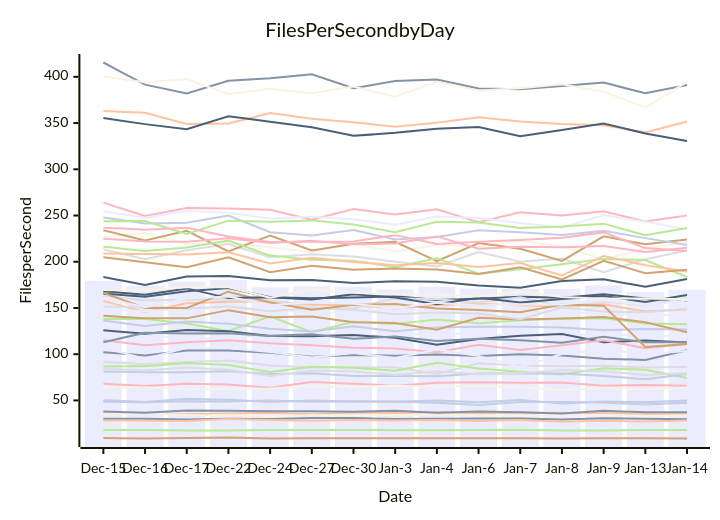
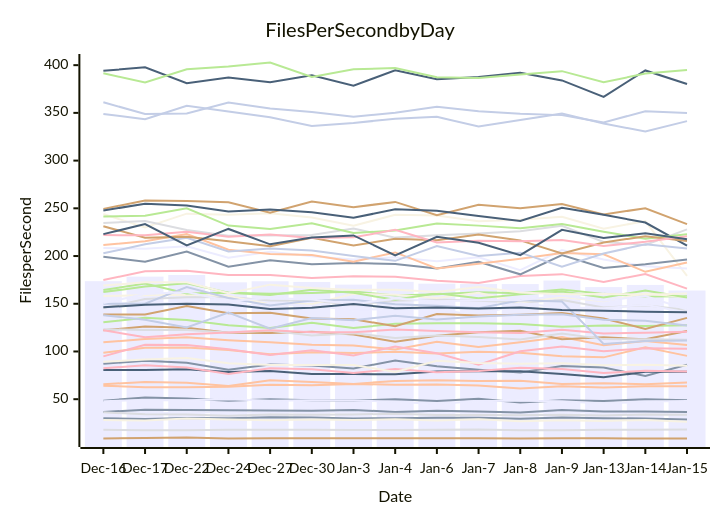
The diagram in perf-report.md (streetsidesoftware/cspell), drawn with Mermaid before and after one commit. The commit also changed other lines of this file and 1 other file, not shown here.

````diff
--- a/perf-report.md
+++ b/perf-report.md
@@ -10,57 +10,57 @@
 ```mermaid
 xychart-beta
     title Files Per Second by Day
     y-axis Files per Second
-    x-axis Date [Dec-15, Dec-16, Dec-17, Dec-22, Dec-24, Dec-27, Dec-30, Jan-3, Jan-4, Jan-6, Jan-7, Jan-8, Jan-9, Jan-13, Jan-14]
-    bar [179.36, 173.64, 178.43, 180.09, 172.48, 173.54, 172.79, 170.07, 172.98, 171.06, 170.63, 170.60, 174.36, 167.48, 169.75]
-    line [30.21, 30.10, 29.27, 30.24, 30.04, 30.99, 30.88, 29.79, 30.12, 30.58, 30.44, 29.43, 30.82, 30.13, 29.74]
-    line [36.51, 36.62, 35.07, 35.79, 36.55, 35.09, 36.98, 36.38, 37.08, 36.07, 36.65, 36.34, 36.49, 35.46, 35.24]
-    line [91.85, 89.18, 91.59, 93.06, 87.76, 85.72, 85.81, 85.78, 78.64, 90.27, 87.90, 87.06, 87.60, 85.54, 86.15]
-    line [138.00, 137.98, 133.31, 125.20, 140.89, 123.76, 134.99, 132.64, 137.41, 133.47, 136.71, 138.45, 138.88, 133.26, 132.31]
-    line [9.27, 8.94, 9.45, 9.78, 8.90, 9.07, 9.12, 9.16, 9.11, 9.12, 9.14, 8.90, 9.21, 9.09, 8.82]
-    line [136.38, 130.55, 135.39, 132.89, 127.54, 124.61, 130.19, 124.72, 128.97, 129.63, 129.57, 128.75, 125.98, 127.26, 126.67]
-    line [67.91, 65.71, 68.06, 67.11, 63.78, 69.83, 68.15, 65.99, 69.11, 69.77, 69.09, 69.36, 65.84, 66.66, 65.78]
-    line [183.45, 174.84, 184.02, 184.52, 180.06, 180.25, 176.99, 178.92, 178.38, 174.22, 171.75, 179.11, 181.04, 172.87, 181.24]
-    line [226.27, 231.21, 219.13, 220.31, 215.56, 210.39, 219.17, 210.98, 218.13, 216.47, 222.63, 216.37, 202.60, 214.18, 220.74]
-    line [121.82, 122.30, 114.99, 117.98, 119.98, 122.26, 120.11, 120.07, 122.96, 121.36, 120.04, 119.36, 122.67, 118.82, 119.70]
-    line [415.50, 391.53, 381.89, 395.71, 398.52, 402.79, 387.60, 395.60, 397.05, 387.31, 386.47, 390.16, 393.74, 382.18, 391.17]
-    line [157.64, 145.39, 155.01, 156.77, 157.19, 153.46, 153.21, 148.91, 153.20, 154.41, 153.05, 151.33, 153.98, 146.13, 148.32]
-    line [213.39, 202.82, 212.32, 219.19, 204.86, 207.97, 205.76, 199.93, 194.96, 210.48, 200.08, 203.53, 188.73, 202.65, 212.27]
-    line [86.83, 87.07, 90.37, 88.26, 80.81, 86.47, 85.34, 82.22, 90.61, 84.54, 80.98, 78.06, 84.72, 83.13, 74.36]
-    line [234.07, 222.96, 233.49, 211.10, 228.39, 212.27, 219.38, 221.60, 200.66, 220.18, 213.99, 200.90, 227.46, 218.81, 223.94]
-    line [81.37, 80.53, 80.51, 81.49, 78.49, 79.44, 76.50, 76.34, 76.08, 79.03, 79.23, 79.24, 76.50, 72.97, 78.65]
-    line [263.96, 249.42, 258.13, 257.62, 256.30, 245.45, 257.10, 251.12, 256.72, 242.84, 253.62, 250.11, 254.55, 243.64, 250.04]
-    line [125.85, 122.14, 126.07, 124.95, 119.60, 119.43, 120.64, 117.82, 110.33, 116.53, 120.08, 121.77, 112.94, 114.87, 112.73]
-    line [35.56, 36.21, 34.19, 33.89, 32.69, 33.95, 33.78, 33.96, 34.86, 33.41, 33.47, 33.19, 33.82, 33.01, 34.00]
-    line [149.53, 146.32, 148.93, 149.89, 149.32, 144.39, 145.93, 149.70, 145.36, 146.19, 145.02, 146.18, 143.49, 142.76, 141.64]
-    line [38.12, 36.63, 38.97, 38.70, 38.32, 38.26, 37.85, 38.77, 36.54, 38.02, 37.20, 35.97, 38.77, 37.19, 37.15]
-    line [363.03, 361.09, 348.96, 349.43, 360.81, 354.60, 350.95, 345.98, 350.21, 356.35, 351.62, 349.11, 347.65, 339.94, 351.75]
-    line [84.51, 82.32, 85.67, 83.25, 76.44, 82.43, 81.41, 77.52, 81.68, 78.20, 79.53, 83.01, 81.62, 77.54, 79.76]
-    line [216.34, 211.66, 215.40, 222.98, 206.68, 202.06, 201.20, 194.13, 203.79, 186.99, 191.85, 197.16, 203.10, 201.84, 183.49]
-    line [141.51, 138.80, 138.75, 147.65, 140.01, 140.67, 134.58, 133.84, 126.46, 139.31, 137.59, 138.48, 140.31, 134.58, 123.64]
-    line [48.59, 47.94, 49.07, 48.96, 49.98, 48.46, 48.82, 48.74, 47.38, 44.97, 48.20, 48.28, 47.88, 45.48, 47.52]
-    line [115.18, 109.59, 113.00, 115.03, 111.88, 109.68, 107.07, 106.25, 102.14, 110.16, 104.65, 109.58, 115.11, 106.48, 111.07]
-    line [165.49, 162.20, 168.07, 171.52, 161.55, 160.38, 161.25, 162.72, 158.59, 160.02, 162.06, 161.10, 164.91, 160.36, 157.59]
-    line [64.35, 64.10, 62.51, 62.39, 63.01, 65.26, 64.66, 65.89, 65.11, 65.47, 64.47, 61.13, 63.67, 62.15, 63.63]
-    line [254.55, 247.67, 254.88, 252.93, 246.70, 248.73, 245.95, 240.13, 248.92, 247.35, 241.85, 236.85, 250.47, 243.18, 235.07]
-    line [102.19, 98.64, 104.01, 104.04, 101.53, 97.16, 99.08, 98.33, 99.60, 97.96, 99.84, 98.62, 95.10, 93.83, 104.36]
-    line [208.88, 208.37, 207.77, 210.28, 198.12, 204.40, 199.78, 196.30, 198.61, 194.45, 198.60, 185.12, 206.27, 196.30, 189.40]
-    line [151.43, 151.38, 149.35, 151.56, 146.50, 150.10, 148.04, 143.32, 145.06, 144.14, 137.83, 150.50, 146.15, 145.30, 149.05]
-    line [18.13, 17.93, 17.37, 17.53, 18.08, 17.97, 17.93, 17.83, 17.83, 17.89, 18.19, 17.48, 17.44, 18.04, 18.04]
-    line [204.82, 199.34, 194.10, 204.78, 188.75, 195.62, 191.45, 192.64, 191.68, 186.85, 193.93, 180.85, 201.04, 187.54, 191.28]
-    line [247.88, 241.35, 242.19, 249.98, 231.90, 228.38, 234.40, 224.05, 226.75, 234.01, 231.87, 229.00, 233.60, 225.53, 218.14]
-    line [225.00, 222.02, 221.71, 225.51, 220.33, 222.69, 218.79, 219.63, 227.40, 214.16, 216.11, 215.58, 216.92, 210.61, 215.07]
-    line [355.49, 348.84, 343.31, 357.38, 351.53, 345.39, 336.17, 339.40, 343.93, 345.83, 335.66, 342.43, 349.42, 338.80, 330.51]
-    line [400.36, 394.11, 397.72, 381.16, 387.10, 382.18, 389.40, 378.43, 394.66, 385.25, 387.67, 392.05, 384.01, 366.78, 394.48]
-    line [107.13, 94.87, 107.05, 106.83, 102.33, 96.35, 101.39, 95.92, 105.11, 98.16, 86.10, 100.14, 105.08, 100.22, 103.42]
-    line [112.97, 123.23, 122.39, 122.57, 119.82, 121.66, 116.64, 119.03, 114.16, 116.74, 115.06, 112.51, 118.83, 112.95, 112.89]
-    line [28.26, 28.09, 27.81, 29.86, 28.77, 27.94, 28.71, 28.29, 28.89, 27.76, 28.93, 26.82, 27.98, 27.25, 28.25]
-    line [163.12, 158.04, 158.90, 159.56, 158.26, 149.38, 149.63, 160.44, 159.38, 155.94, 161.49, 151.30, 157.09, 152.68, 160.69]
-    line [243.88, 243.97, 230.01, 244.43, 243.32, 244.74, 240.28, 231.82, 243.15, 242.35, 236.52, 238.12, 241.19, 228.64, 236.61]
-    line [166.27, 150.03, 149.99, 167.61, 155.99, 148.15, 153.37, 154.17, 149.42, 147.86, 145.38, 153.63, 152.37, 107.78, 110.93]
-    line [50.29, 48.39, 51.90, 50.84, 48.41, 49.94, 48.88, 48.70, 49.88, 48.16, 50.54, 46.59, 48.81, 48.15, 49.96]
-    line [236.86, 234.70, 236.77, 227.25, 221.39, 221.64, 222.00, 228.77, 219.30, 221.68, 223.62, 226.04, 231.74, 214.77, 211.68]
-    line [168.20, 164.35, 171.17, 160.66, 161.47, 159.18, 164.75, 161.43, 154.09, 160.97, 155.89, 159.83, 162.81, 156.59, 163.92]
-    line [169.36, 169.15, 172.44, 172.46, 160.97, 170.04, 166.42, 164.47, 164.70, 162.35, 167.49, 161.75, 159.91, 160.33, 159.51]
-    line [161.29, 150.68, 160.30, 162.32, 152.82, 156.10, 154.49, 149.59, 155.51, 152.61, 153.69, 153.81, 158.28, 153.24, 158.05]
+    x-axis Date [Dec-16, Dec-17, Dec-22, Dec-24, Dec-27, Dec-30, Jan-3, Jan-4, Jan-6, Jan-7, Jan-8, Jan-9, Jan-13, Jan-14, Jan-15]
+    bar [173.64, 178.43, 180.09, 172.48, 173.54, 172.79, 170.07, 172.98, 171.06, 170.63, 170.60, 174.36, 167.48, 169.75, 163.88]
+    line [87.07, 90.37, 88.26, 80.81, 86.47, 85.34, 82.22, 90.61, 84.54, 80.98, 78.06, 84.72, 83.13, 74.36, 86.16]
+    line [109.59, 113.00, 115.03, 111.88, 109.68, 107.07, 106.25, 102.14, 110.16, 104.65, 109.58, 115.11, 106.48, 111.07, 106.70]
+    line [145.39, 155.01, 156.77, 157.19, 153.46, 153.21, 148.91, 153.20, 154.41, 153.05, 151.33, 153.98, 146.13, 148.32, 143.55]
+    line [130.55, 135.39, 132.89, 127.54, 124.61, 130.19, 124.72, 128.97, 129.63, 129.57, 128.75, 125.98, 127.26, 126.67, 127.57]
+    line [122.14, 126.07, 124.95, 119.60, 119.43, 120.64, 117.82, 110.33, 116.53, 120.08, 121.77, 112.94, 114.87, 112.73, 121.37]
+    line [348.84, 343.31, 357.38, 351.53, 345.39, 336.17, 339.40, 343.93, 345.83, 335.66, 342.43, 349.42, 338.80, 330.51, 341.37]
+    line [174.84, 184.02, 184.52, 180.06, 180.25, 176.99, 178.92, 178.38, 174.22, 171.75, 179.11, 181.04, 172.87, 181.24, 165.83]
+    line [80.53, 80.51, 81.49, 78.49, 79.44, 76.50, 76.34, 76.08, 79.03, 79.23, 79.24, 76.50, 72.97, 78.65, 78.72]
+    line [243.97, 230.01, 244.43, 243.32, 244.74, 240.28, 231.82, 243.15, 242.35, 236.52, 238.12, 241.19, 228.64, 236.61, 179.24]
+    line [208.37, 207.77, 210.28, 198.12, 204.40, 199.78, 196.30, 198.61, 194.45, 198.60, 185.12, 206.27, 196.30, 189.40, 186.97]
+    line [199.34, 194.10, 204.78, 188.75, 195.62, 191.45, 192.64, 191.68, 186.85, 193.93, 180.85, 201.04, 187.54, 191.28, 196.46]
+    line [98.64, 104.01, 104.04, 101.53, 97.16, 99.08, 98.33, 99.60, 97.96, 99.84, 98.62, 95.10, 93.83, 104.36, 95.41]
+    line [123.23, 122.39, 122.57, 119.82, 121.66, 116.64, 119.03, 114.16, 116.74, 115.06, 112.51, 118.83, 112.95, 112.89, 112.17]
+    line [162.20, 168.07, 171.52, 161.55, 160.38, 161.25, 162.72, 158.59, 160.02, 162.06, 161.10, 164.91, 160.36, 157.59, 157.97]
+    line [249.42, 258.13, 257.62, 256.30, 245.45, 257.10, 251.12, 256.72, 242.84, 253.62, 250.11, 254.55, 243.64, 250.04, 233.42]
+    line [361.09, 348.96, 349.43, 360.81, 354.60, 350.95, 345.98, 350.21, 356.35, 351.62, 349.11, 347.65, 339.94, 351.75, 349.84]
+    line [122.30, 114.99, 117.98, 119.98, 122.26, 120.11, 120.07, 122.96, 121.36, 120.04, 119.36, 122.67, 118.82, 119.70, 120.72]
+    line [247.67, 254.88, 252.93, 246.70, 248.73, 245.95, 240.13, 248.92, 247.35, 241.85, 236.85, 250.47, 243.18, 235.07, 210.91]
+    line [158.04, 158.90, 159.56, 158.26, 149.38, 149.63, 160.44, 159.38, 155.94, 161.49, 151.30, 157.09, 152.68, 160.69, 156.79]
+    line [151.38, 149.35, 151.56, 146.50, 150.10, 148.04, 143.32, 145.06, 144.14, 137.83, 150.50, 146.15, 145.30, 149.05, 140.78]
+    line [48.39, 51.90, 50.84, 48.41, 49.94, 48.88, 48.70, 49.88, 48.16, 50.54, 46.59, 48.81, 48.15, 49.96, 48.86]
+    line [211.66, 215.40, 222.98, 206.68, 202.06, 201.20, 194.13, 203.79, 186.99, 191.85, 197.16, 203.10, 201.84, 183.49, 193.18]
+    line [234.70, 236.77, 227.25, 221.39, 221.64, 222.00, 228.77, 219.30, 221.68, 223.62, 226.04, 231.74, 214.77, 211.68, 227.93]
+    line [164.35, 171.17, 160.66, 161.47, 159.18, 164.75, 161.43, 154.09, 160.97, 155.89, 159.83, 162.81, 156.59, 163.92, 156.50]
+    line [138.80, 138.75, 147.65, 140.01, 140.67, 134.58, 133.84, 126.46, 139.31, 137.59, 138.48, 140.31, 134.58, 123.64, 135.23]
+    line [150.03, 149.99, 167.61, 155.99, 148.15, 153.37, 154.17, 149.42, 147.86, 145.38, 153.63, 152.37, 107.78, 110.93, 111.50]
+    line [94.87, 107.05, 106.83, 102.33, 96.35, 101.39, 95.92, 105.11, 98.16, 86.10, 100.14, 105.08, 100.22, 103.42, 102.77]
+    line [394.11, 397.72, 381.16, 387.10, 382.18, 389.40, 378.43, 394.66, 385.25, 387.67, 392.05, 384.01, 366.78, 394.48, 380.24]
+    line [169.15, 172.44, 172.46, 160.97, 170.04, 166.42, 164.47, 164.70, 162.35, 167.49, 161.75, 159.91, 160.33, 159.51, 160.62]
+    line [150.68, 160.30, 162.32, 152.82, 156.10, 154.49, 149.59, 155.51, 152.61, 153.69, 153.81, 158.28, 153.24, 158.05, 143.97]
+    line [30.10, 29.27, 30.24, 30.04, 30.99, 30.88, 29.79, 30.12, 30.58, 30.44, 29.43, 30.82, 30.13, 29.74, 28.69]
+    line [64.10, 62.51, 62.39, 63.01, 65.26, 64.66, 65.89, 65.11, 65.47, 64.47, 61.13, 63.67, 62.15, 63.63, 63.52]
+    line [17.93, 17.37, 17.53, 18.08, 17.97, 17.93, 17.83, 17.83, 17.89, 18.19, 17.48, 17.44, 18.04, 18.04, 18.22]
+    line [391.53, 381.89, 395.71, 398.52, 402.79, 387.60, 395.60, 397.05, 387.31, 386.47, 390.16, 393.74, 382.18, 391.17, 394.86]
+    line [8.94, 9.45, 9.78, 8.90, 9.07, 9.12, 9.16, 9.11, 9.12, 9.14, 8.90, 9.21, 9.09, 8.82, 8.93]
+    line [202.82, 212.32, 219.19, 204.86, 207.97, 205.76, 199.93, 194.96, 210.48, 200.08, 203.53, 188.73, 202.65, 212.27, 207.96]
+    line [82.32, 85.67, 83.25, 76.44, 82.43, 81.41, 77.52, 81.68, 78.20, 79.53, 83.01, 81.62, 77.54, 79.76, 78.94]
+    line [146.32, 148.93, 149.89, 149.32, 144.39, 145.93, 149.70, 145.36, 146.19, 145.02, 146.18, 143.49, 142.76, 141.64, 141.15]
+    line [89.18, 91.59, 93.06, 87.76, 85.72, 85.81, 85.78, 78.64, 90.27, 87.90, 87.06, 87.60, 85.54, 86.15, 85.12]
+    line [36.62, 35.07, 35.79, 36.55, 35.09, 36.98, 36.38, 37.08, 36.07, 36.65, 36.34, 36.49, 35.46, 35.24, 35.59]
+    line [36.63, 38.97, 38.70, 38.32, 38.26, 37.85, 38.77, 36.54, 38.02, 37.20, 35.97, 38.77, 37.19, 37.15, 36.65]
+    line [65.71, 68.06, 67.11, 63.78, 69.83, 68.15, 65.99, 69.11, 69.77, 69.09, 69.36, 65.84, 66.66, 65.78, 67.40]
+    line [36.21, 34.19, 33.89, 32.69, 33.95, 33.78, 33.96, 34.86, 33.41, 33.47, 33.19, 33.82, 33.01, 34.00, 33.70]
+    line [241.35, 242.19, 249.98, 231.90, 228.38, 234.40, 224.05, 226.75, 234.01, 231.87, 229.00, 233.60, 225.53, 218.14, 222.73]
+    line [231.21, 219.13, 220.31, 215.56, 210.39, 219.17, 210.98, 218.13, 216.47, 222.63, 216.37, 202.60, 214.18, 220.74, 215.80]
+    line [137.98, 133.31, 125.20, 140.89, 123.76, 134.99, 132.64, 137.41, 133.47, 136.71, 138.45, 138.88, 133.26, 132.31, 127.23]
+    line [222.02, 221.71, 225.51, 220.33, 222.69, 218.79, 219.63, 227.40, 214.16, 216.11, 215.58, 216.92, 210.61, 215.07, 220.69]
+    line [222.96, 233.49, 211.10, 228.39, 212.27, 219.38, 221.60, 200.66, 220.18, 213.99, 200.90, 227.46, 218.81, 223.94, 217.59]
+    line [28.09, 27.81, 29.86, 28.77, 27.94, 28.71, 28.29, 28.89, 27.76, 28.93, 26.82, 27.98, 27.25, 28.25, 26.29]
+    line [47.94, 49.07, 48.96, 49.98, 48.46, 48.82, 48.74, 47.38, 44.97, 48.20, 48.28, 47.88, 45.48, 47.52, 48.15]
 ```
````
